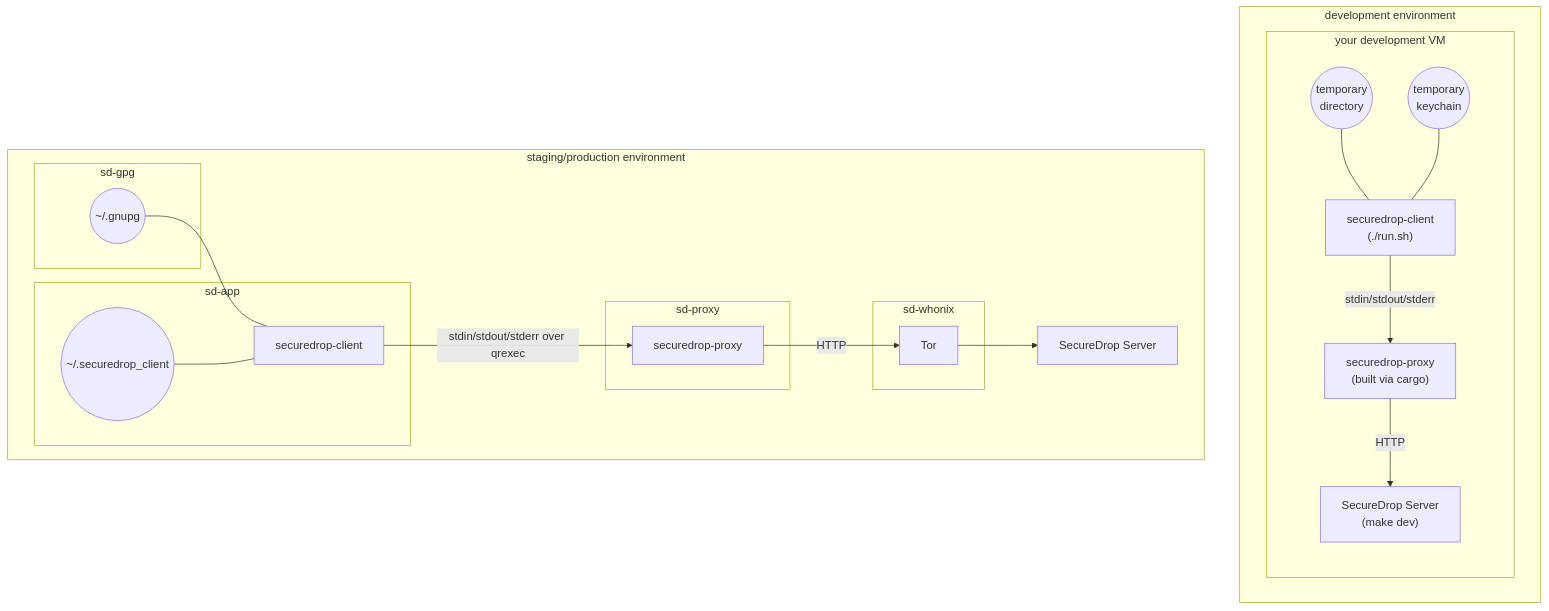
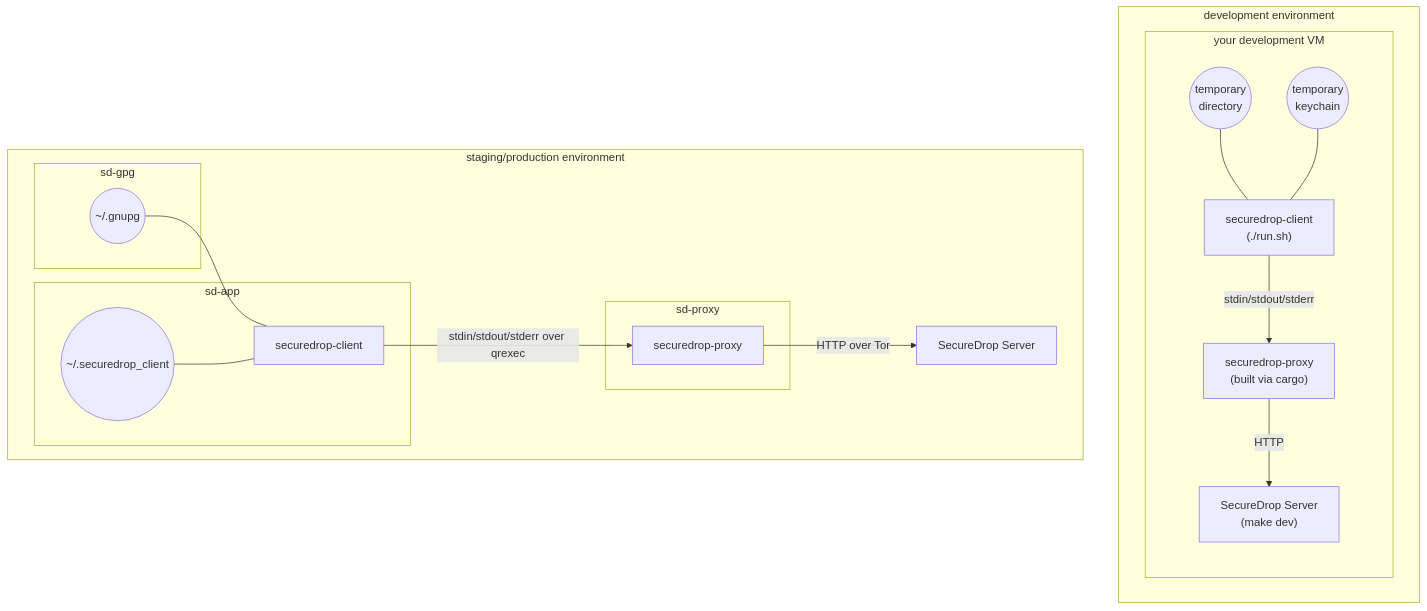
One commit to freedomofpress/securedrop-client changed the diagram in client/README.md. Above: the diagram before and after it, drawn with Mermaid. The commit also changed 3 other files, not shown here.

````diff
--- a/client/README.md
+++ b/client/README.md
@@ -52,34 +52,30 @@
 ```mermaid
 graph TD
 
 subgraph "development environment"
 subgraph "your development VM"
 direction TB
 dData(("temporary<br>directory")) --- dClient
 dKeychain(("temporary<br>keychain")) --- dClient
 dClient["securedrop-client<br>(./run.sh)"] --stdin/stdout/stderr--> dProxy
 dProxy["securedrop-proxy<br>(built via cargo)"] --HTTP-->
 dServer["SecureDrop Server<br>(make dev)"]
 end
 end
 
 subgraph "staging/production environment"
 spKeychain --- spClient
 subgraph sd-app
 spData(("~/.securedrop_client")) --- spClient
 spClient["securedrop-client"]
 end
 spClient --stdin/stdout/stderr over qrexec--> spProxy
 subgraph sd-gpg
 spKeychain(("~/.gnupg"))
 end
 subgraph sd-proxy
 spProxy["securedrop-proxy"]
 end
-spProxy --HTTP--> spTor
-subgraph sd-whonix
-spTor["Tor"]
-end
-spTor --> spServer["SecureDrop Server"]
+spProxy --HTTP over Tor--> spServer["SecureDrop Server"]
 end
 ```
````
